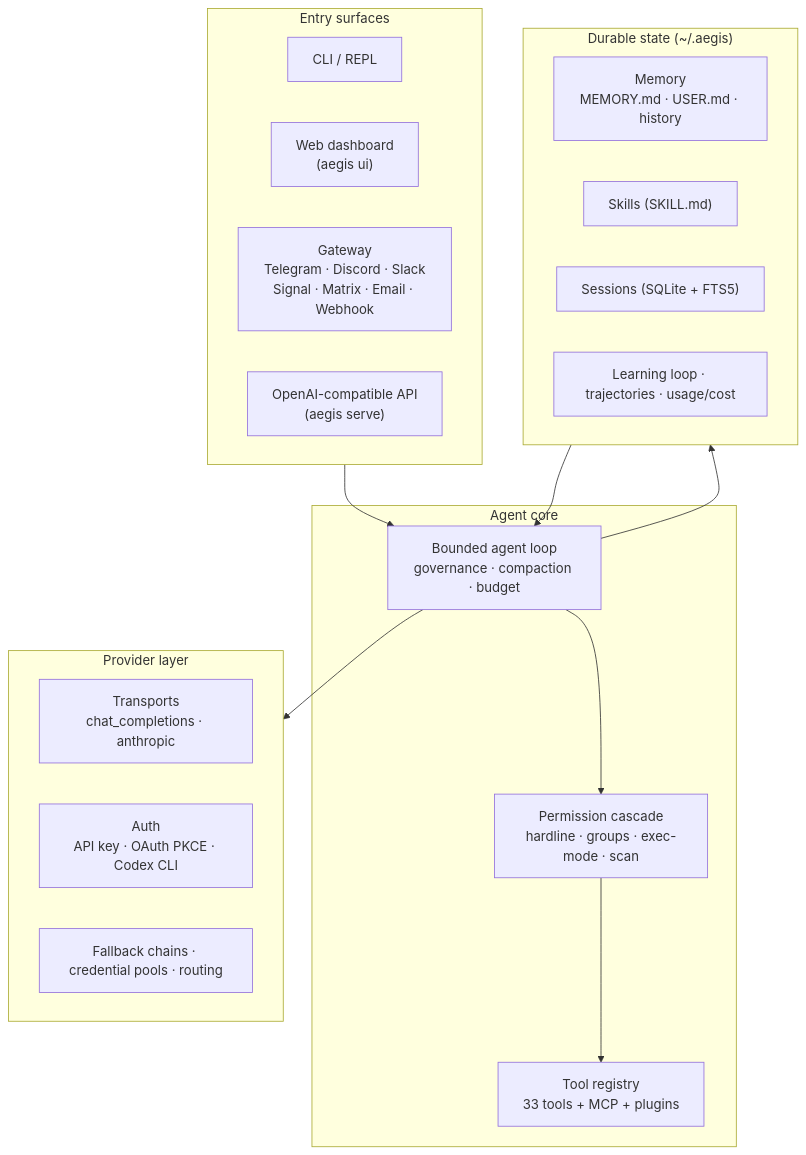
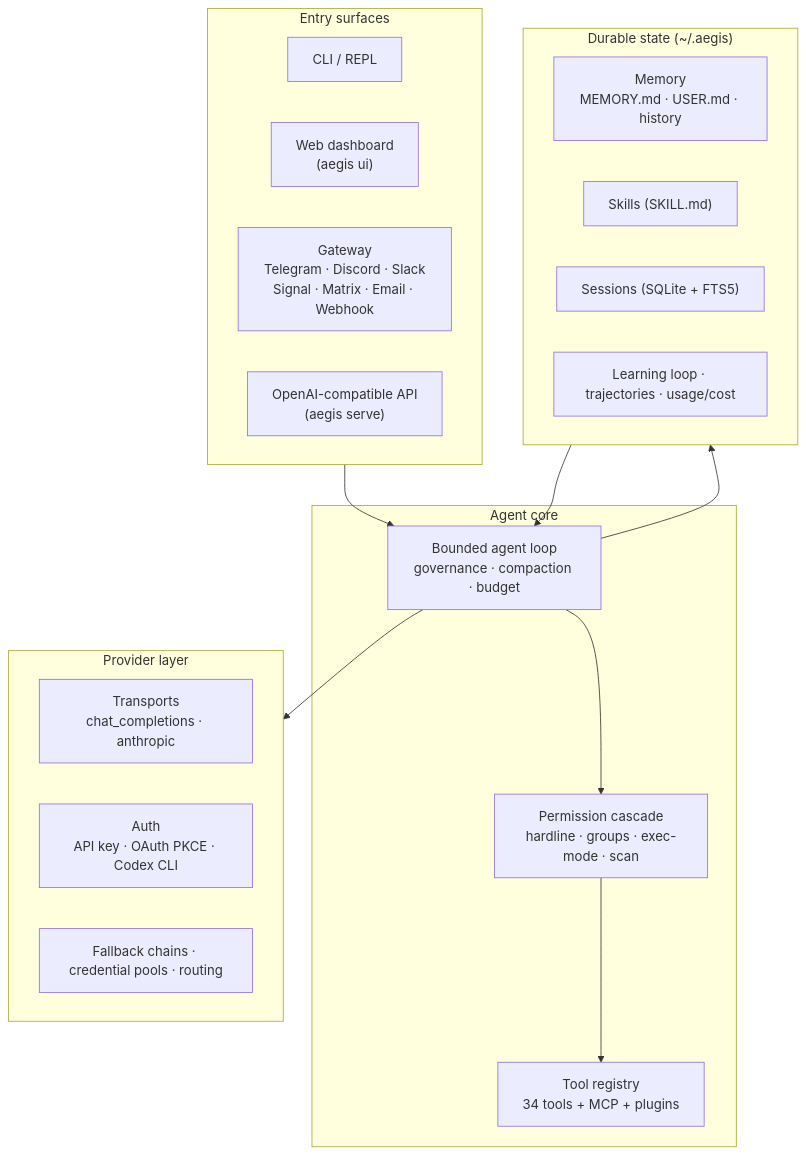
The first of 4 diagrams in README.md (Alien0013/aegis), drawn with Mermaid before and after one commit. The commit also changed other lines of this file and 37 other files, not shown here.

````diff
--- a/README.md
+++ b/README.md
@@ -56,34 +59,34 @@
 ```mermaid
 flowchart TB
     subgraph Surfaces["Entry surfaces"]
         CLI["CLI / REPL"]
         UI["Web dashboard<br/>(aegis ui)"]
         GW["Gateway<br/>Telegram · Discord · Slack<br/>Signal · Matrix · Email · Webhook"]
         API["OpenAI-compatible API<br/>(aegis serve)"]
     end
 
     subgraph Core["Agent core"]
         LOOP["Bounded agent loop<br/>governance · compaction · budget"]
         PERM["Permission cascade<br/>hardline · groups · exec-mode · scan"]
-        REG["Tool registry<br/>33 tools + MCP + plugins"]
+        REG["Tool registry<br/>34 tools + MCP + plugins"]
     end
 
     subgraph Providers["Provider layer"]
         TRANS["Transports<br/>chat_completions · anthropic"]
         AUTH["Auth<br/>API key · OAuth PKCE · Codex CLI"]
         FB["Fallback chains · credential pools · routing"]
     end
 
     subgraph State["Durable state (~/.aegis)"]
         MEM["Memory<br/>MEMORY.md · USER.md · history"]
         SK["Skills (SKILL.md)"]
         SESS["Sessions (SQLite + FTS5)"]
         LEARN["Learning loop · trajectories · usage/cost"]
     end
 
     Surfaces --> LOOP
     LOOP --> PERM --> REG
     LOOP --> Providers
     LOOP --> State
     State --> LOOP
 ```
````
